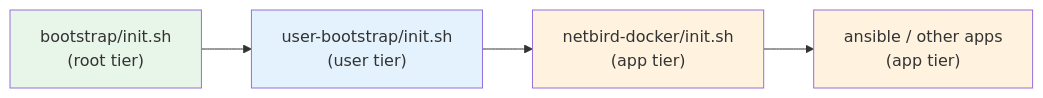
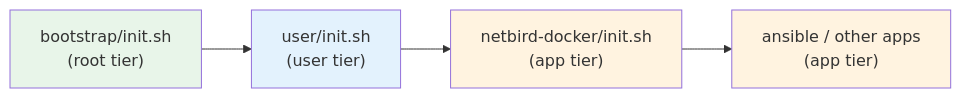
Before and after one commit to broadminde-org/bootstrap: the third of 3 diagrams in codemap.md, drawn with Mermaid. The commit also changed other lines of this file and 149 other files, not shown here.

First line of the commit message:
refactor: rename user-bootstrap/ -> user/, replace caps.sh with conf.sh

````diff
--- a/codemap.md
+++ b/codemap.md
@@ -185,11 +192,11 @@
 ```mermaid
 flowchart LR
-    A["bootstrap/init.sh\n(root tier)"] --> B["user-bootstrap/init.sh\n(user tier)"]
+    A["bootstrap/init.sh\n(root tier)"] --> B["user/init.sh\n(user tier)"]
     B --> C["netbird-docker/init.sh\n(app tier)"]
     C --> D["ansible / other apps\n(app tier)"]
 
     style A fill:#e8f5e9
     style B fill:#e3f2fd
     style C fill:#fff3e0
     style D fill:#fff3e0
 ```
````
